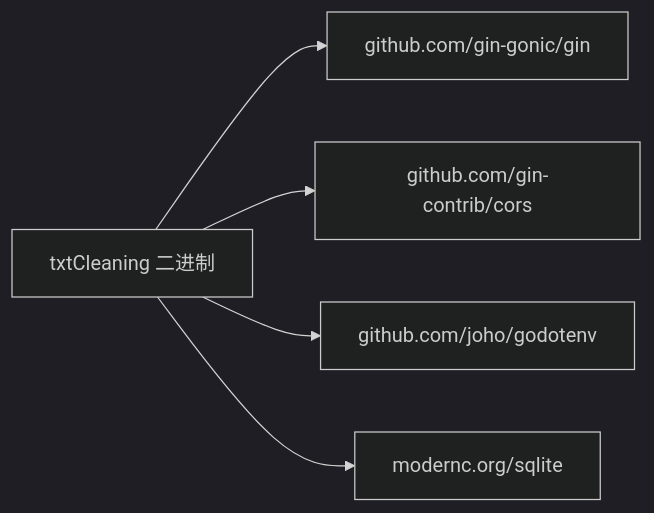
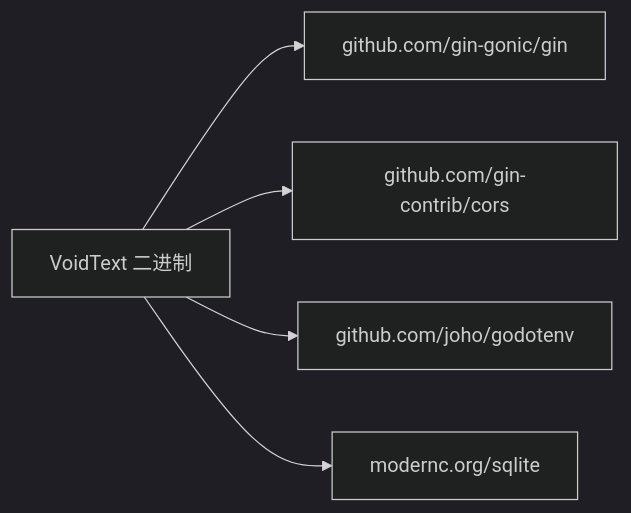
The tenth of 10 diagrams in repowikis/部署和运维/部署和运维.md (handy-h/VoidText), drawn with Mermaid (dark theme) before and after one commit. The commit also changed other lines of this file and 101 other files, not shown here.

````diff
--- a/repowikis/部署和运维/部署和运维.md
+++ b/repowikis/部署和运维/部署和运维.md
@@ -392,7 +392,7 @@
 ```mermaid
 graph LR
-App["txtCleaning 二进制"] --> Gin["github.com/gin-gonic/gin"]
+App["VoidText 二进制"] --> Gin["github.com/gin-gonic/gin"]
 App --> CORS["github.com/gin-contrib/cors"]
 App --> Dotenv["github.com/joho/godotenv"]
 App --> SQLite["modernc.org/sqlite"]
 ```
````
